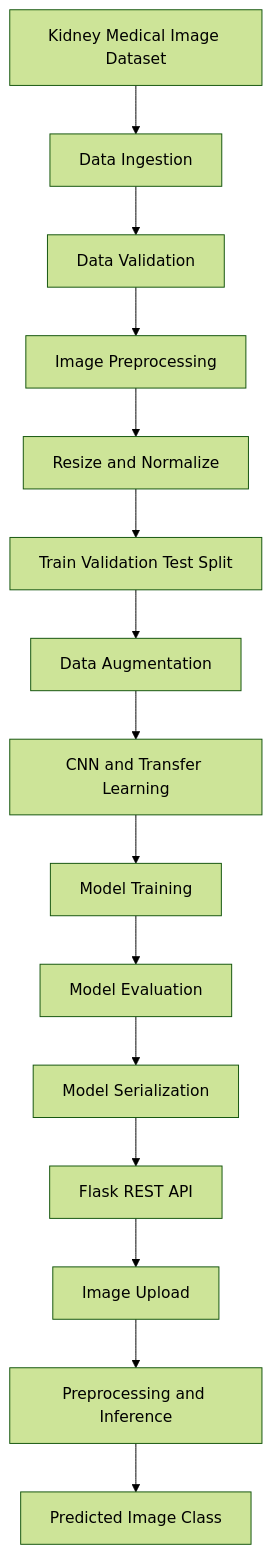
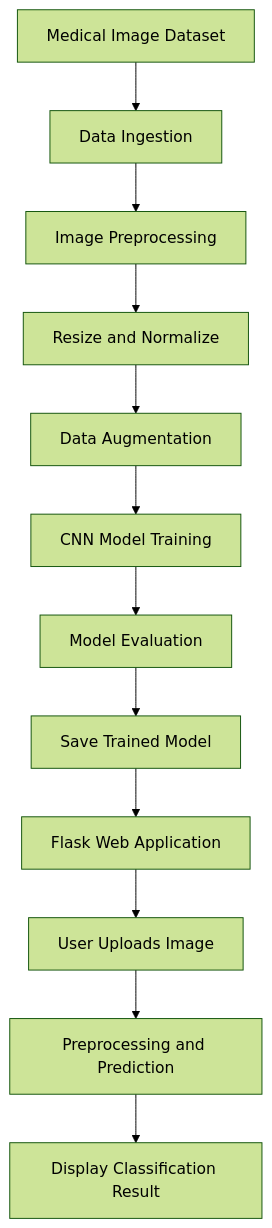
Before and after one commit to TusharK93/Kidney-Disease-Classification-Project---Deep-Learning: the diagram in README.md, drawn with Mermaid (forest theme). The commit also changed other lines of this file, not shown here.

````diff
--- a/README.md
+++ b/README.md
@@ -69,17 +54,14 @@
 ```mermaid
 flowchart TD
-    A[Kidney Medical Image Dataset] --> B[Data Ingestion]
-    B --> C[Data Validation]
-    C --> D[Image Preprocessing]
-    D --> E[Resize and Normalize]
-    E --> F[Train Validation Test Split]
-    F --> G[Data Augmentation]
-    G --> H[CNN and Transfer Learning]
-    H --> I[Model Training]
-    I --> J[Model Evaluation]
-    J --> K[Model Serialization]
-    K --> L[Flask REST API]
-    L --> M[Image Upload]
-    M --> N[Preprocessing and Inference]
-    N --> O[Predicted Image Class]
+    A[Medical Image Dataset] --> B[Data Ingestion]
+    B --> C[Image Preprocessing]
+    C --> D[Resize and Normalize]
+    D --> E[Data Augmentation]
+    E --> F[CNN Model Training]
+    F --> G[Model Evaluation]
+    G --> H[Save Trained Model]
+    H --> I[Flask Web Application]
+    I --> J[User Uploads Image]
+    J --> K[Preprocessing and Prediction]
+    K --> L[Display Classification Result]
 ```
````
